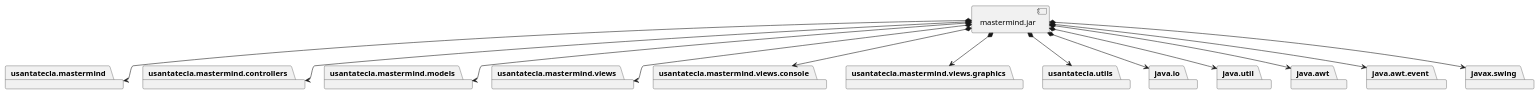
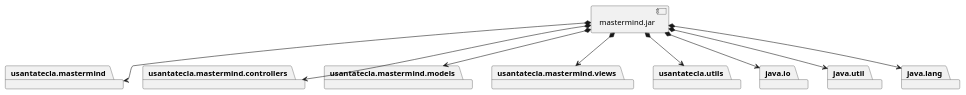
Before and after one commit to SantaTecla-mastermind/solution.java.swing.socket.sql: the first of 2 diagrams in modelViewPresenter/presentationModel/withComposite/docs/diagrams/src/vistas.plantuml, drawn with PlantUML. The commit also changed 6 other files, not shown here.

Commit message:
Diagramas terminados MVP WithComposite

```diff
--- a/modelViewPresenter/presentationModel/withComposite/docs/diagrams/src/vistas.plantuml
+++ b/modelViewPresenter/presentationModel/withComposite/docs/diagrams/src/vistas.plantuml
@@ -1,41 +1,29 @@
 @startuml desarrollo_implementacion
 package "  "  as usantatecla.mastermind {
 }
 package "  "  as usantatecla.mastermind.controllers {
 }
 package "  "  as usantatecla.mastermind.models {
 }
 package "  "  as usantatecla.mastermind.views {
 }
-package "  "  as usantatecla.mastermind.views.console {
-}
-package "  "  as usantatecla.mastermind.views.graphics {
-}
 package "  "  as usantatecla.utils {
 }
 package "  "  as java.io {
 }
 package "  "  as java.util {
 }
-package "  "  as java.awt {
-}
-package "  "  as java.awt.event {
-}
-package "  "  as javax.swing {
+package "  "  as java.lang {
 }
 
 [mastermind.jar] as jar
 
 jar *--> usantatecla.mastermind
 jar *--> usantatecla.mastermind.controllers
 jar *--> usantatecla.mastermind.models
 jar *--> usantatecla.mastermind.views
-jar *--> usantatecla.mastermind.views.console
-jar *--> usantatecla.mastermind.views.graphics
 jar *--> usantatecla.utils
 jar *--> java.io
 jar *--> java.util
-jar *--> java.awt
-jar *--> java.awt.event
-jar *--> javax.swing
+jar *--> java.lang
 @enduml
```
